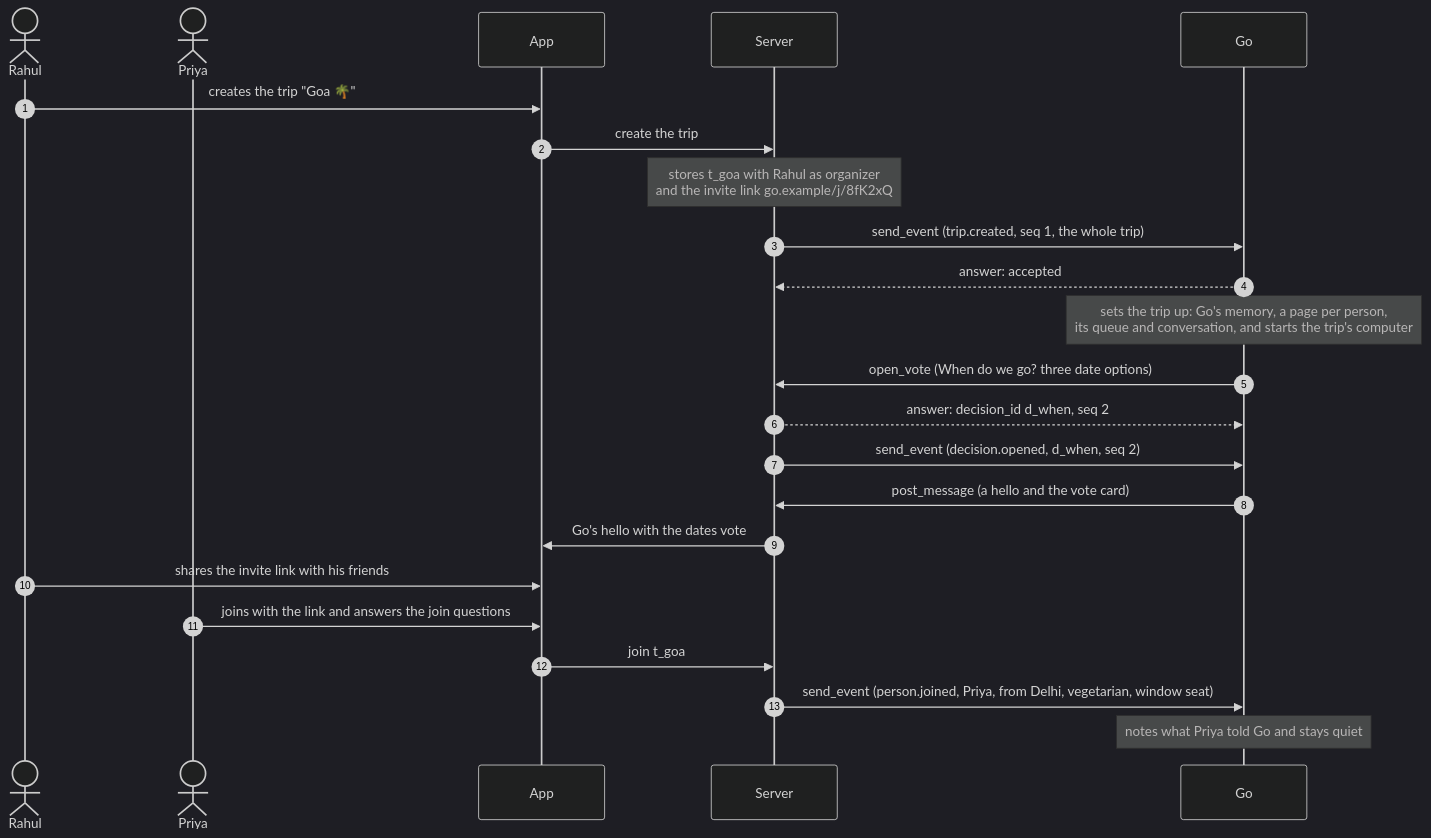
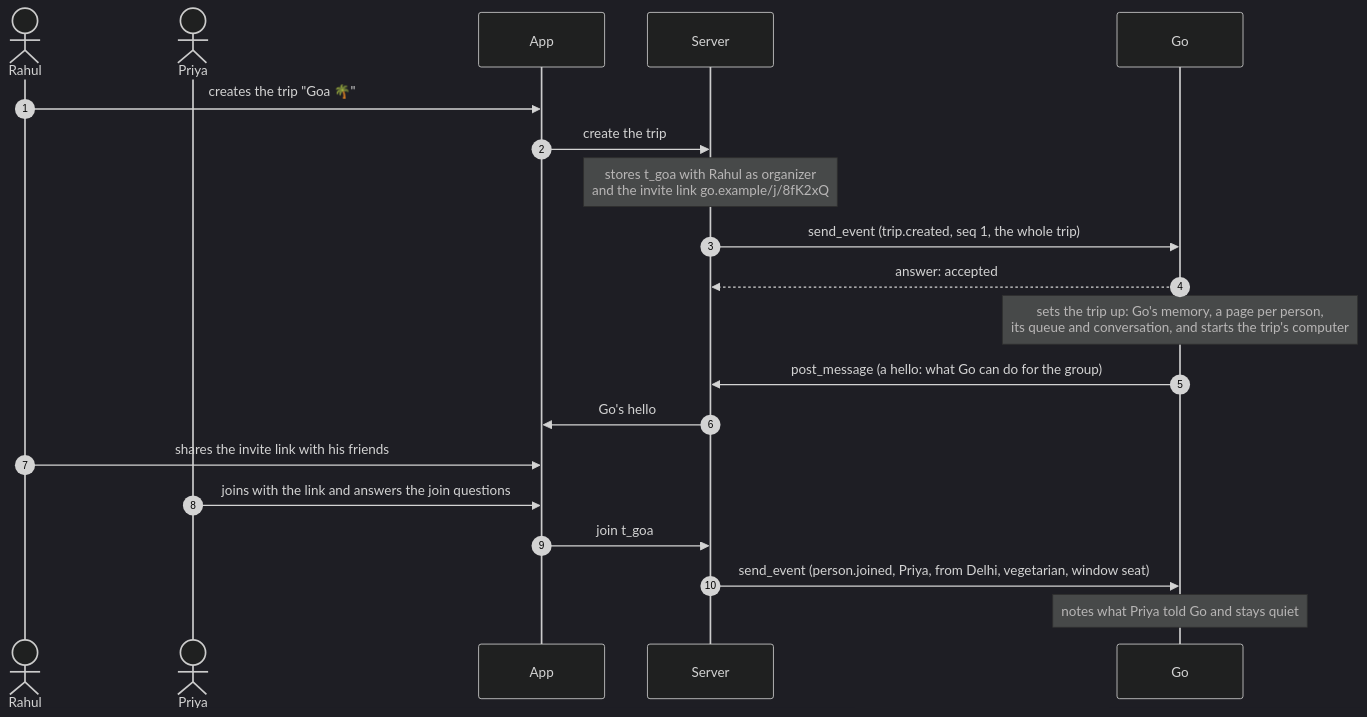
Before and after one commit to vestra-ai/go-brain: the second of 8 diagrams in docs/guide/09-flows.md, drawn with Mermaid (dark theme). The commit also changed other lines of this file and 2 other files, not shown here.

Commit message:
docs: the spec and the guide say Go says hello when it joins, with no vote

````diff
--- a/docs/guide/09-flows.md
+++ b/docs/guide/09-flows.md
@@ -50,25 +50,22 @@
 ```mermaid
 sequenceDiagram
   autonumber
   actor Rahul
   actor Priya
   participant app as App
   participant server as Server
   participant go as Go
   Rahul->>app: creates the trip "Goa 🌴"
   app->>server: create the trip
   Note over server: stores t_goa with Rahul as organizer<br/>and the invite link go.example/j/8fK2xQ
   server->>go: send_event (trip.created, seq 1, the whole trip)
   go-->>server: answer: accepted
   Note over go: sets the trip up: Go's memory, a page per person,<br/>its queue and conversation, and starts the trip's computer
-  go->>server: open_vote (When do we go? three date options)
-  server-->>go: answer: decision_id d_when, seq 2
-  server->>go: send_event (decision.opened, d_when, seq 2)
-  go->>server: post_message (a hello and the vote card)
-  server->>app: Go's hello with the dates vote
+  go->>server: post_message (a hello: what Go can do for the group)
+  server->>app: Go's hello
   Rahul->>app: shares the invite link with his friends
   Priya->>app: joins with the link and answers the join questions
   app->>server: join t_goa
   server->>go: send_event (person.joined, Priya, from Delhi, vegetarian, window seat)
   Note over go: notes what Priya told Go and stays quiet
 ```
````
